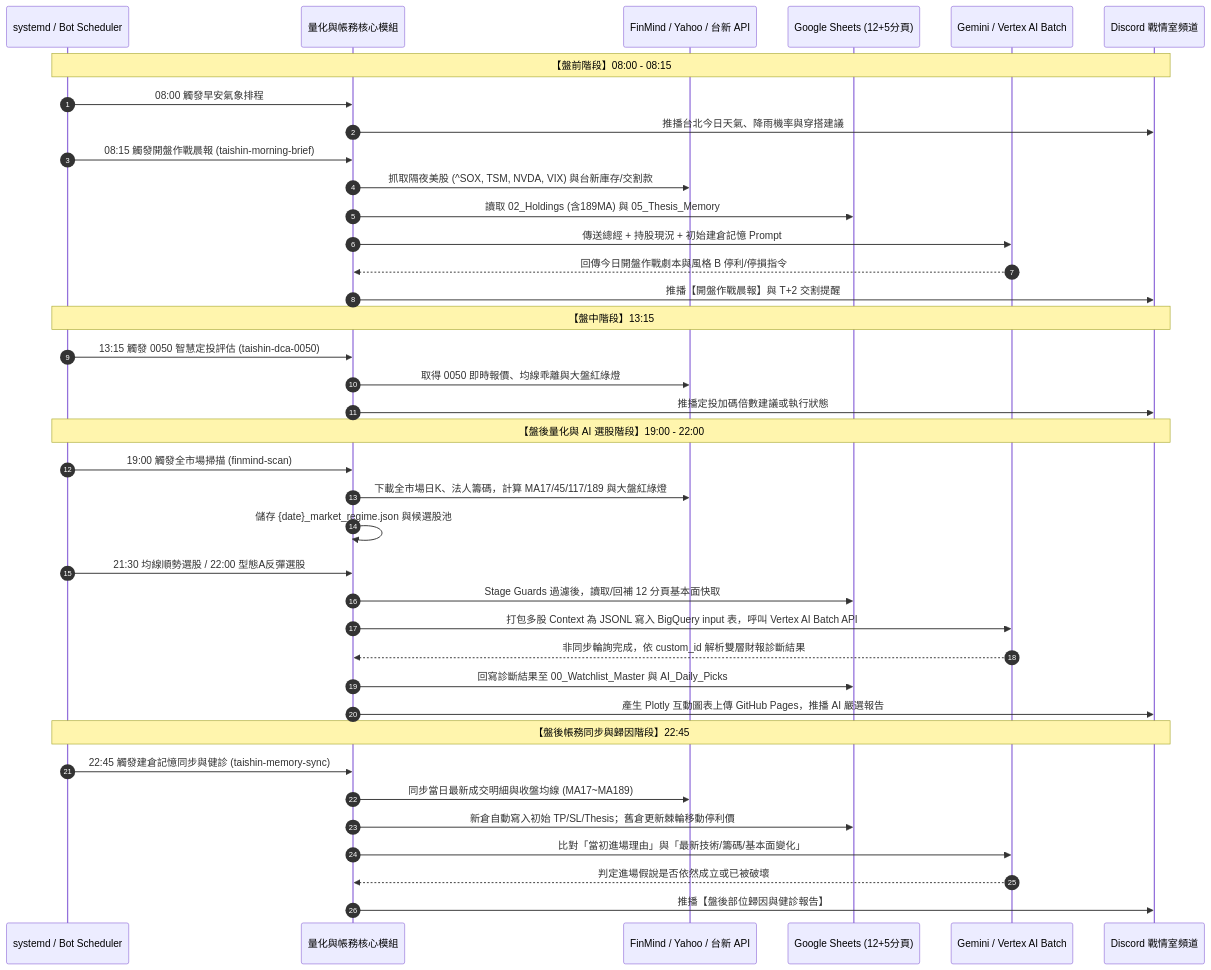
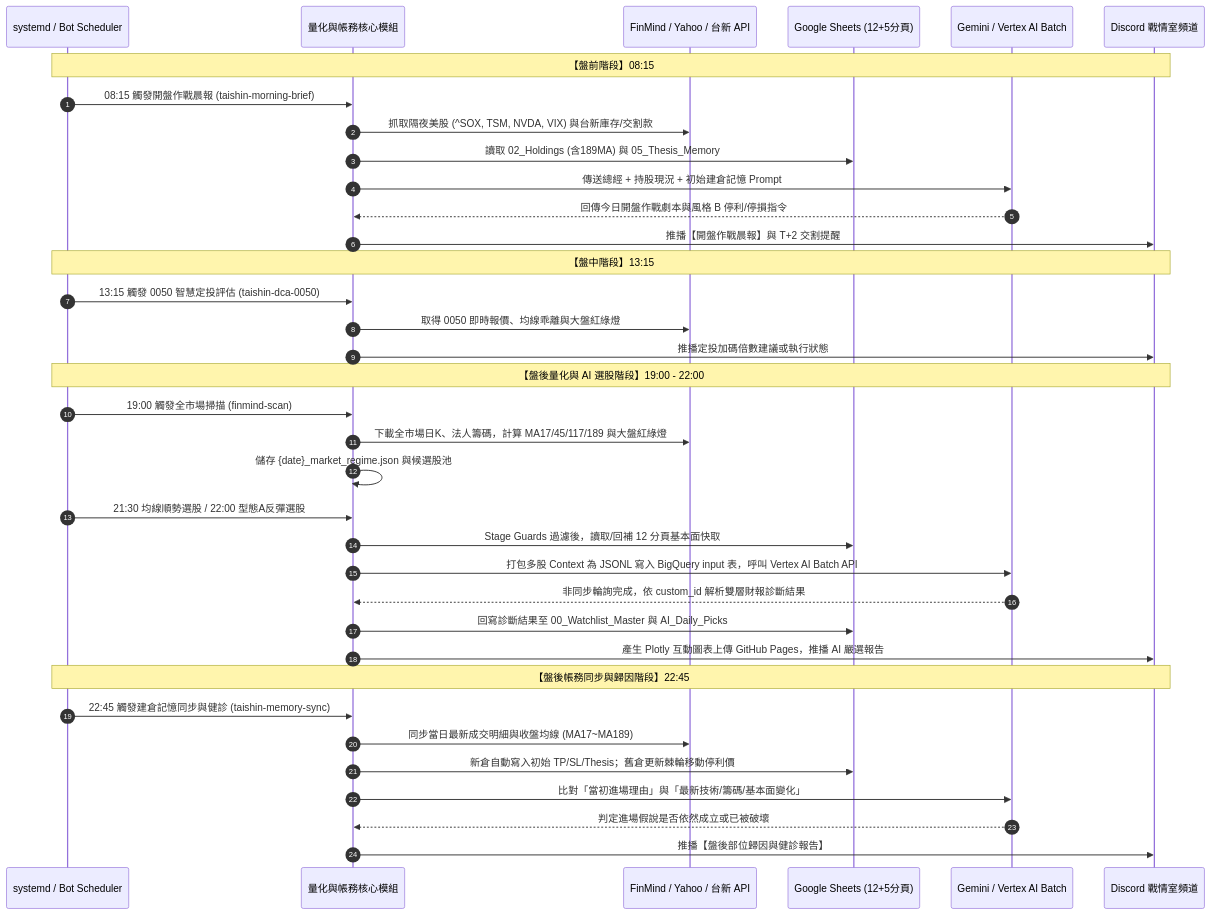
The second of 3 diagrams in discord_service_sasd.md (NickChung0725/Discord_Service), drawn with Mermaid before and after one commit. The commit also changed other lines of this file and 8 other files, not shown here.

````diff
--- a/discord_service_sasd.md
+++ b/discord_service_sasd.md
@@ -199,44 +198,42 @@
 ```mermaid
 sequenceDiagram
     autonumber
     participant Timer as systemd / Bot Scheduler
     participant Core as 量化與帳務核心模組
     participant Data as FinMind / Yahoo / 台新 API
     participant Cache as Google Sheets (12+5分頁)
     participant AI as Gemini / Vertex AI Batch
     participant DC as Discord 戰情室頻道
 
-    Note over Timer,DC: 【盤前階段】08:00 - 08:15
-    Timer->>Core: 08:00 觸發早安氣象排程
-    Core->>DC: 推播台北今日天氣、降雨機率與穿搭建議
+    Note over Timer,DC: 【盤前階段】08:15
     Timer->>Core: 08:15 觸發開盤作戰晨報 (taishin-morning-brief)
     Core->>Data: 抓取隔夜美股 (^SOX, TSM, NVDA, VIX) 與台新庫存/交割款
     Core->>Cache: 讀取 02_Holdings (含189MA) 與 05_Thesis_Memory
     Core->>AI: 傳送總經 + 持股現況 + 初始建倉記憶 Prompt
     AI-->>Core: 回傳今日開盤作戰劇本與風格 B 停利/停損指令
     Core->>DC: 推播【開盤作戰晨報】與 T+2 交割提醒
 
     Note over Timer,DC: 【盤中階段】13:15
     Timer->>Core: 13:15 觸發 0050 智慧定投評估 (taishin-dca-0050)
     Core->>Data: 取得 0050 即時報價、均線乖離與大盤紅綠燈
     Core->>DC: 推播定投加碼倍數建議或執行狀態
 
     Note over Timer,DC: 【盤後量化與 AI 選股階段】19:00 - 22:00
     Timer->>Core: 19:00 觸發全市場掃描 (finmind-scan)
     Core->>Data: 下載全市場日K、法人籌碼，計算 MA17/45/117/189 與大盤紅綠燈
     Core->>Core: 儲存 {date}_market_regime.json 與候選股池
     Timer->>Core: 21:30 均線順勢選股 / 22:00 型態A反彈選股
     Core->>Cache: Stage Guards 過濾後，讀取/回補 12 分頁基本面快取
     Core->>AI: 打包多股 Context 為 JSONL 寫入 BigQuery input 表，呼叫 Vertex AI Batch API
     AI-->>Core: 非同步輪詢完成，依 custom_id 解析雙層財報診斷結果
     Core->>Cache: 回寫診斷結果至 00_Watchlist_Master 與 AI_Daily_Picks
     Core->>DC: 產生 Plotly 互動圖表上傳 GitHub Pages，推播 AI 嚴選報告
 
     Note over Timer,DC: 【盤後帳務同步與歸因階段】22:45
     Timer->>Core: 22:45 觸發建倉記憶同步與健診 (taishin-memory-sync)
     Core->>Data: 同步當日最新成交明細與收盤均線 (MA17~MA189)
     Core->>Cache: 新倉自動寫入初始 TP/SL/Thesis；舊倉更新棘輪移動停利價
     Core->>AI: 比對「當初進場理由」與「最新技術/籌碼/基本面變化」
     AI-->>Core: 判定進場假說是否依然成立或已被破壞
     Core->>DC: 推播【盤後部位歸因與健診報告】
 ```
````
